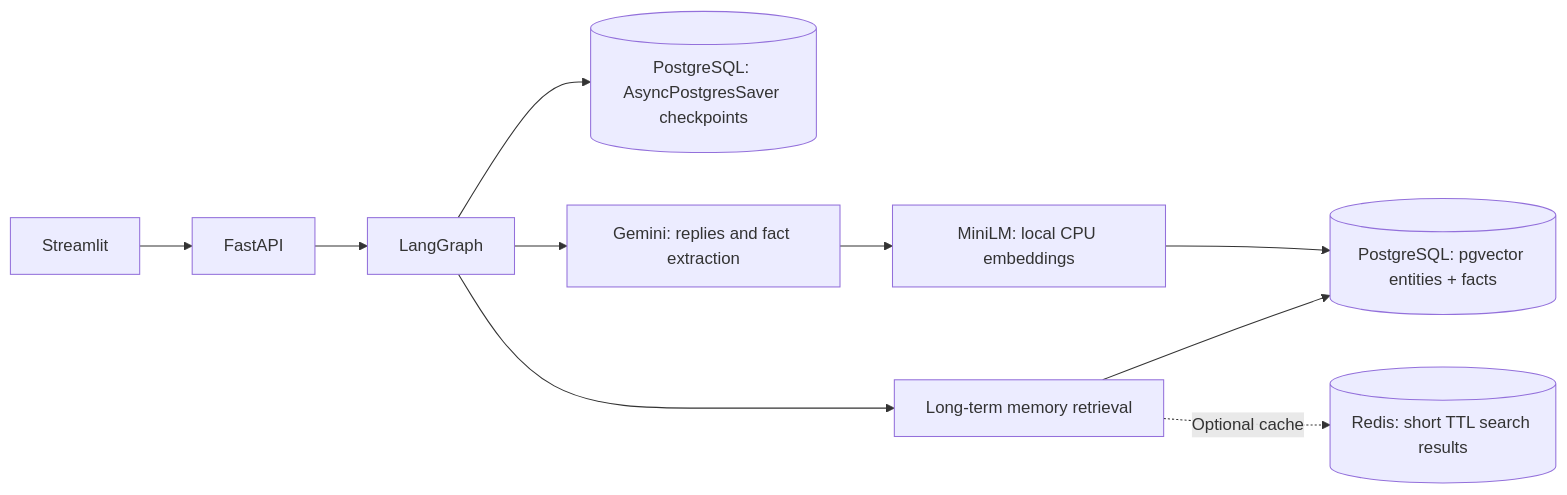
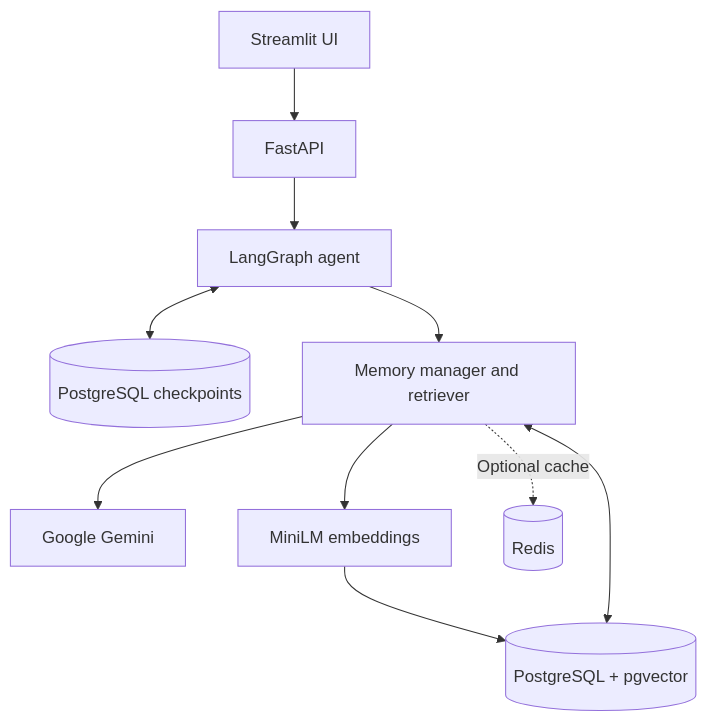
One commit to Srushtinarwade/Agentic-AI-Memory-System changed the diagram in README.md. Above: the diagram before and after it, drawn with Mermaid. The commit also changed other lines of this file, not shown here.

````diff
--- a/README.md
+++ b/README.md
@@ -11,12 +18,12 @@
 ```mermaid
-flowchart LR
-    UI[Streamlit] --> API[FastAPI]
-    API --> LG[LangGraph]
-    LG --> CP[(PostgreSQL: AsyncPostgresSaver checkpoints)]
-    LG --> R[Long-term memory retrieval]
-    R --> PG[(PostgreSQL: pgvector entities + facts)]
-    R -. Optional cache .-> REDIS[(Redis: short TTL search results)]
-    LG --> GEM[Gemini: replies and fact extraction]
-    GEM --> EMB[MiniLM: local CPU embeddings]
-    EMB --> PG
+flowchart TD
+    UI[Streamlit UI] --> API[FastAPI]
+    API --> LG[LangGraph agent]
+    LG <--> CP[(PostgreSQL checkpoints)]
+    LG --> MM[Memory manager and retriever]
+    MM --> GEM[Google Gemini]
+    MM --> EMB[MiniLM embeddings]
+    EMB --> DB[(PostgreSQL + pgvector)]
+    MM <--> DB
+    MM -. Optional cache .-> REDIS[(Redis)]
 ```
````
